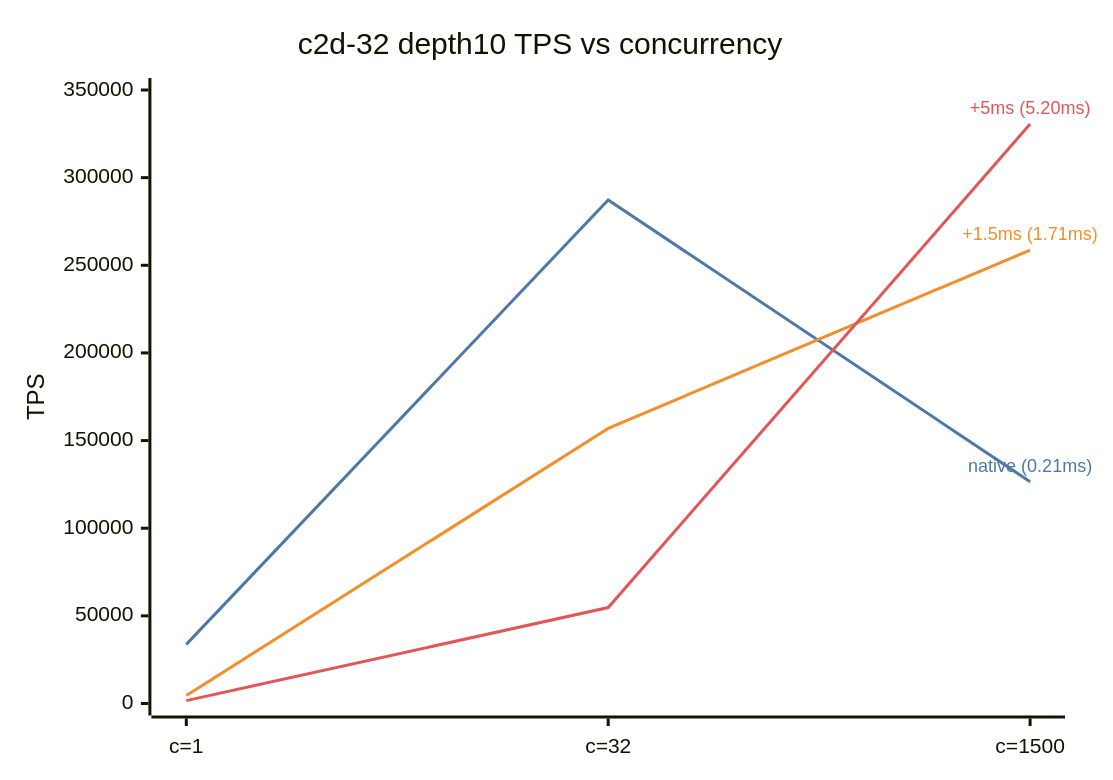
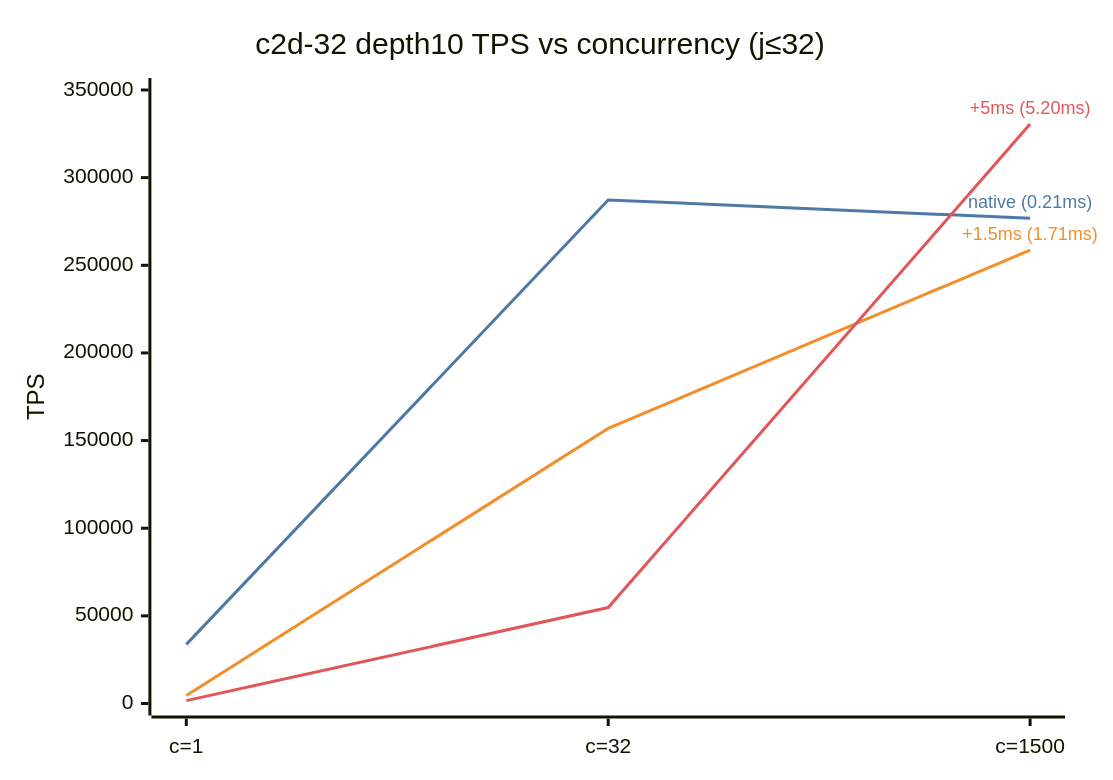
Before and after one commit to SpareCores/sc-db-benchmark-tmp: diagram 59 of 59 in RESULTS.md, drawn with Mermaid. The commit also changed other lines of this file, not shown here.

````diff
--- a/RESULTS.md
+++ b/RESULTS.md
@@ -2208,15 +2208,15 @@
 ```mermaid
 ---
 config:
   themeVariables:
     xyChart:
       plotColorPalette: "#4e79a7, #f28e2b, #e15759"
 ---
 xychart-beta
-    title "c2d-32 depth10 TPS vs concurrency"
+    title "c2d-32 depth10 TPS vs concurrency (j≤32)"
     x-axis ["c=1", "c=32", "c=1500"]
     y-axis "TPS" 0 --> 350000
-    line "native (0.21ms)" [33717, 287283, 126454 "native (0.21ms)"]
+    line "native (0.21ms)" [33717, 287283, 276832 "native (0.21ms)"]
     line "+1.5ms (1.71ms)" [4518, 156959, 258666 "+1.5ms (1.71ms)"]
     line "+5ms (5.20ms)" [1656, 54719, 330558 "+5ms (5.20ms)"]
 ```
````
